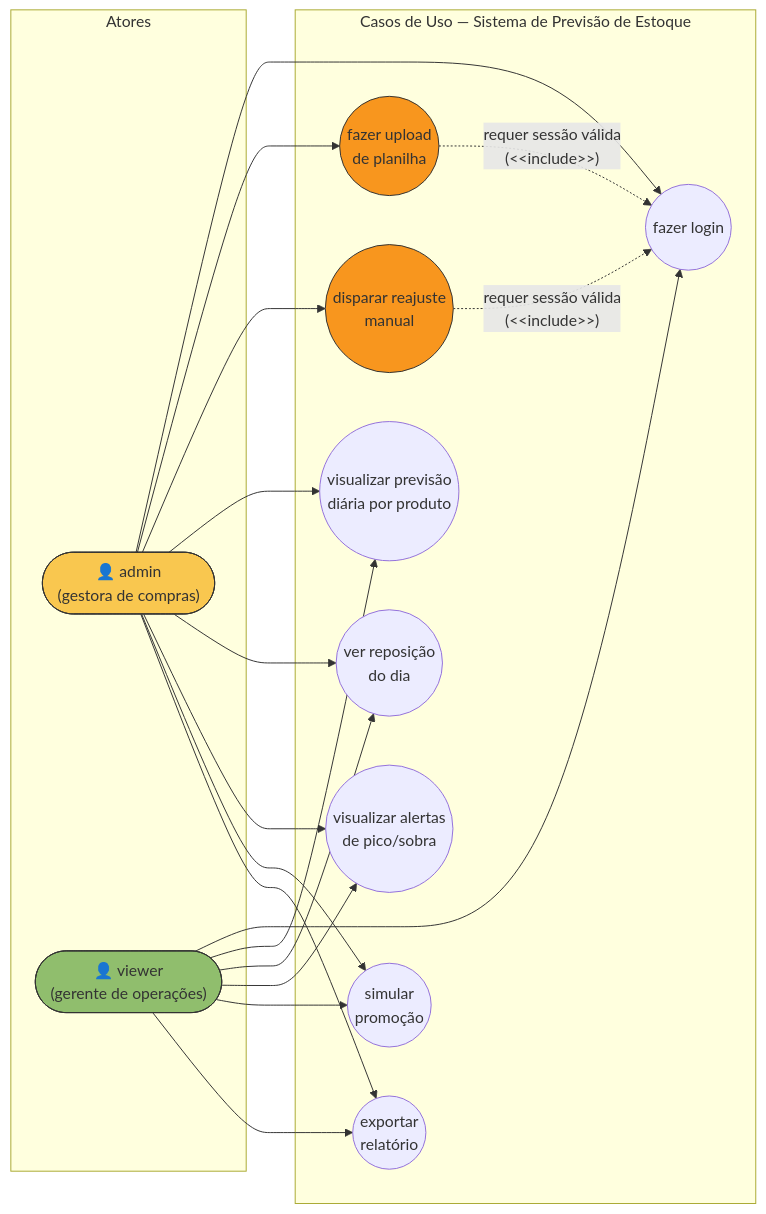
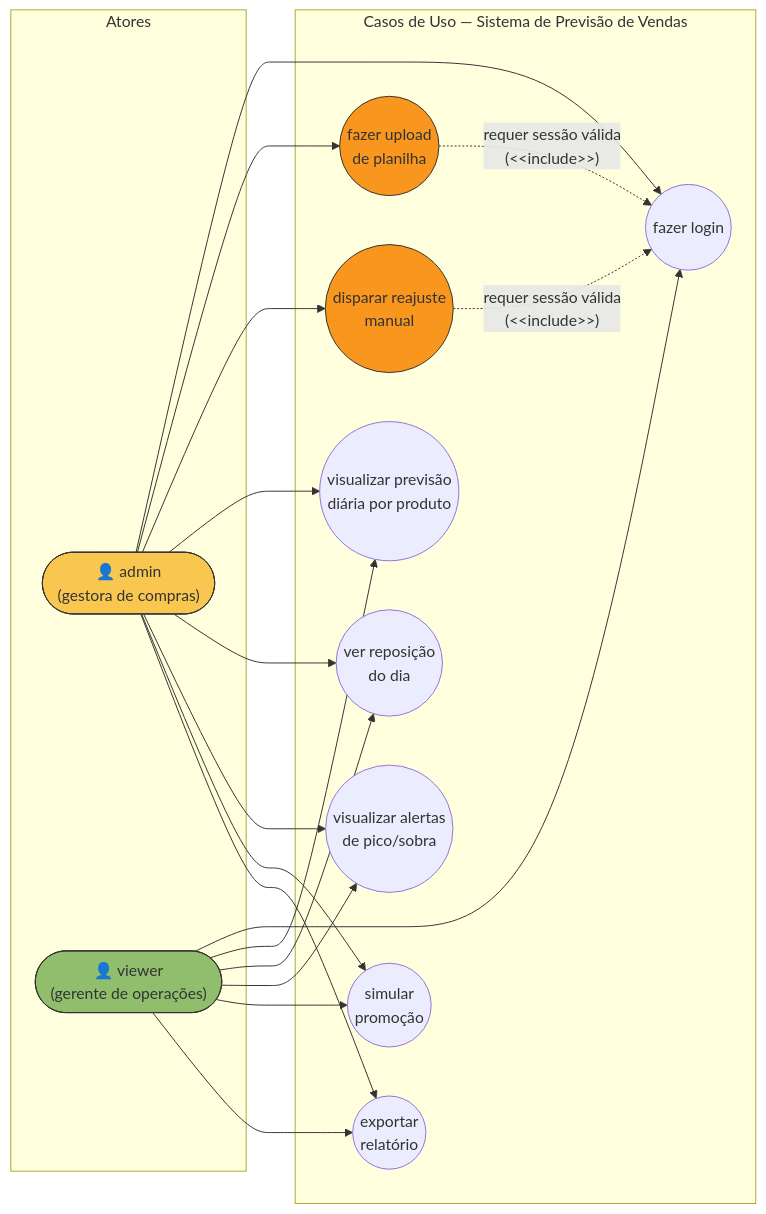
One commit to FelipeGA02/TCC---Inventory-Forecasting changed the diagram in docs/uml/use_cases.md. Above: the diagram before and after it, drawn with Mermaid. The commit also changed other lines of this file and 22 other files, not shown here.

````diff
--- a/docs/uml/use_cases.md
+++ b/docs/uml/use_cases.md
@@ -23,43 +23,43 @@
 ```mermaid
 graph LR
     subgraph Atores
         admin(["👤 admin<br/>(gestora de compras)"])
         viewer(["👤 viewer<br/>(gerente de operações)"])
     end
 
-    subgraph "Casos de Uso — Sistema de Previsão de Estoque"
+    subgraph "Casos de Uso — Sistema de Previsão de Vendas"
         UC0((fazer login))
         UC1((fazer upload<br/>de planilha))
         UC2((disparar reajuste<br/>manual))
         UC3((visualizar previsão<br/>diária por produto))
         UC3b((ver reposição<br/>do dia))
         UC4((visualizar alertas<br/>de pico/sobra))
         UC5((simular<br/>promoção))
         UC6((exportar<br/>relatório))
     end
 
     admin --> UC0
     viewer --> UC0
 
     admin --> UC1
     admin --> UC2
     admin --> UC3
     admin --> UC3b
     admin --> UC4
     admin --> UC5
     admin --> UC6
 
     viewer --> UC3
     viewer --> UC3b
     viewer --> UC4
     viewer --> UC5
     viewer --> UC6
 
     UC1 -. "requer sessão válida<br/>(&lt;&lt;include&gt;&gt;)" .-> UC0
     UC2 -. "requer sessão válida<br/>(&lt;&lt;include&gt;&gt;)" .-> UC0
 
     style admin fill:#f9c74f,stroke:#333
     style viewer fill:#90be6d,stroke:#333
     style UC1 fill:#f8961e,stroke:#333
     style UC2 fill:#f8961e,stroke:#333
 ```
````
